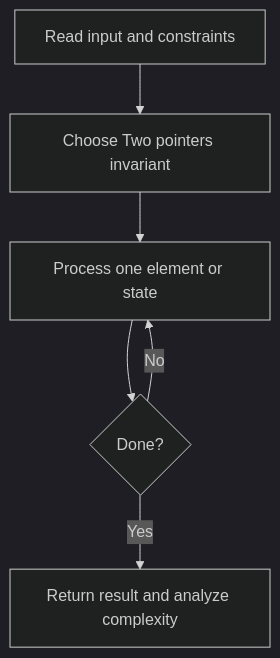
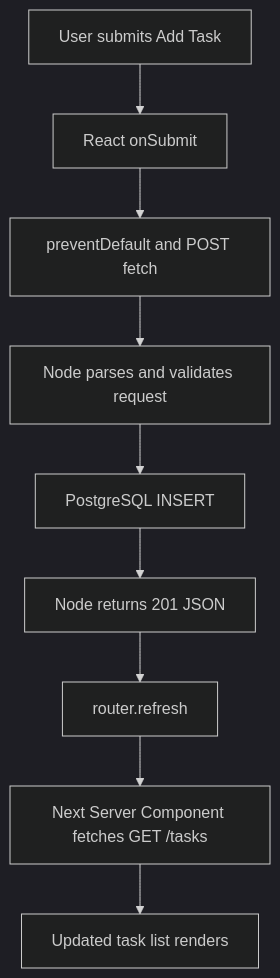
One commit to pratulsharma/minitrack changed the first of 2 diagrams in lessons/day-05.md. Above: the diagram before and after it, drawn with Mermaid (dark theme). The commit also changed other lines of this file and 118 other files, not shown here.

````diff
--- a/lessons/day-05.md
+++ b/lessons/day-05.md
@@ -17,8 +11,11 @@
 ```mermaid
 flowchart TD
-    A[Read input and constraints] --> B[Choose Two pointers invariant]
-    B --> C[Process one element or state]
-    C --> D{Done?}
-    D -- No --> C
-    D -- Yes --> E[Return result and analyze complexity]
+  A[User submits Add Task] --> B[React onSubmit]
+  B --> C[preventDefault and POST fetch]
+  C --> D[Node parses and validates request]
+  D --> E[PostgreSQL INSERT]
+  E --> F[Node returns 201 JSON]
+  F --> G[router.refresh]
+  G --> H[Next Server Component fetches GET /tasks]
+  H --> I[Updated task list renders]
 ```
````
